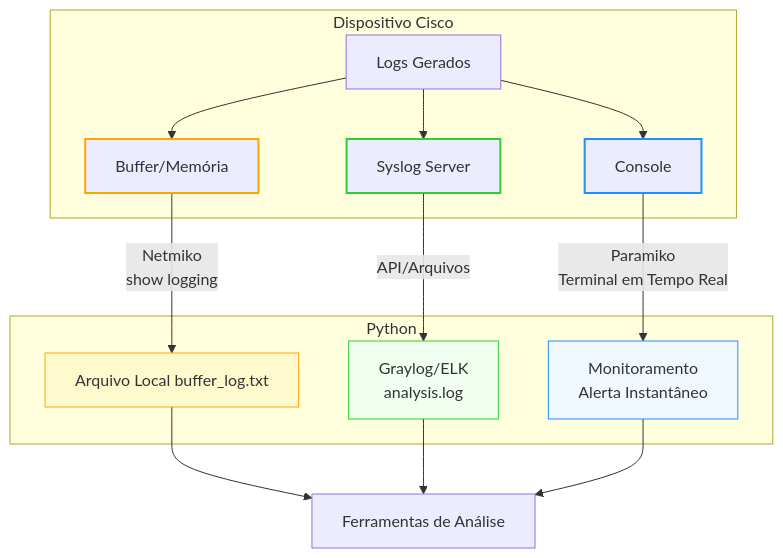
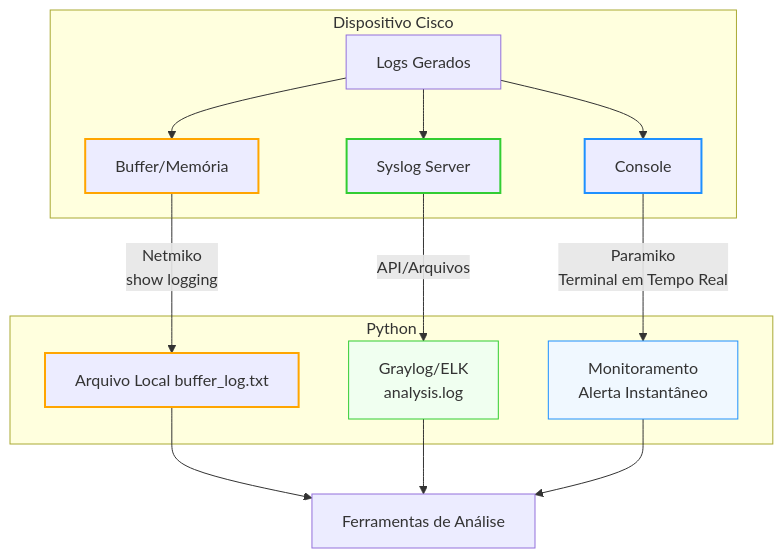
Before and after one commit to alcancil/Cisco: the second of 3 diagrams in CCNP 350-401 ENCOR/06 - Automation/17- Python - Basico 12 - Logging/README.md, drawn with Mermaid. The commit also changed other lines of this file, not shown here.

Commit message:
Alterado o arquivo README.md

````diff
--- a/CCNP 350-401 ENCOR/06 - Automation/17- Python - Basico 12 - Logging/README.md
+++ b/CCNP 350-401 ENCOR/06 - Automation/17- Python - Basico 12 - Logging/README.md
@@ -339,25 +339,25 @@
 ```mermaid
 graph TB
     subgraph Dispositivo Cisco
         A[Logs Gerados] --> B[Buffer/Memória]
         A --> C[Syslog Server]
         A --> D[Console]
     end
 
     subgraph Python
         B -->|Netmiko\nshow logging| E[Arquivo Local buffer_log.txt]
         C -->|API/Arquivos| F[Graylog/ELK\nanalysis.log]
         D -->|Paramiko\nTerminal em Tempo Real| G[Monitoramento\nAlerta Instantâneo]
     end
 
     E --> H[Ferramentas de Análise]
     F --> H
     G --> H
 
     style B stroke:#FFA500,stroke-width:2px
     style C stroke:#32CD32,stroke-width:2px
     style D stroke:#1E90FF,stroke-width:2px
-    style E fill:#FFFACD,stroke:#FFA500
+    style E stroke:#FFA500,stroke-width:2px
     style F fill:#F0FFF0,stroke:#32CD32
     style G fill:#F0F8FF,stroke:#1E90FF
 ```
````
